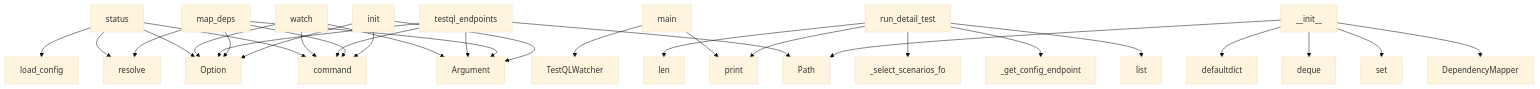
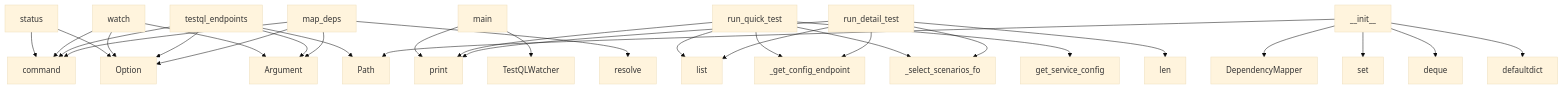
The diagram in project/context.md (semcod/wup), drawn with Mermaid (base theme) before and after one commit. The commit also changed other lines of this file and 30 other files, not shown here.

````diff
--- a/project/context.md
+++ b/project/context.md
@@ -503,33 +491,33 @@
 ```mermaid
 graph TD
     status --> command
     status --> Option
-    status --> resolve
-    status --> load_config
     watch --> command
     watch --> Argument
     watch --> Option
     testql_endpoints --> command
     testql_endpoints --> Argument
     testql_endpoints --> Option
     testql_endpoints --> Path
     main --> print
     main --> TestQLWatcher
     map_deps --> command
     map_deps --> Argument
     map_deps --> Option
     map_deps --> resolve
+    run_quick_test --> list
+    run_quick_test --> _get_config_endpoint
+    run_quick_test --> _select_scenarios_fo
+    run_quick_test --> get_service_config
+    run_quick_test --> print
     run_detail_test --> list
     run_detail_test --> _get_config_endpoint
     run_detail_test --> _select_scenarios_fo
     run_detail_test --> print
     run_detail_test --> len
     __init__ --> Path
     __init__ --> DependencyMapper
     __init__ --> set
     __init__ --> deque
     __init__ --> defaultdict
-    init --> command
-    init --> Argument
-    init --> Option
 ```
````
